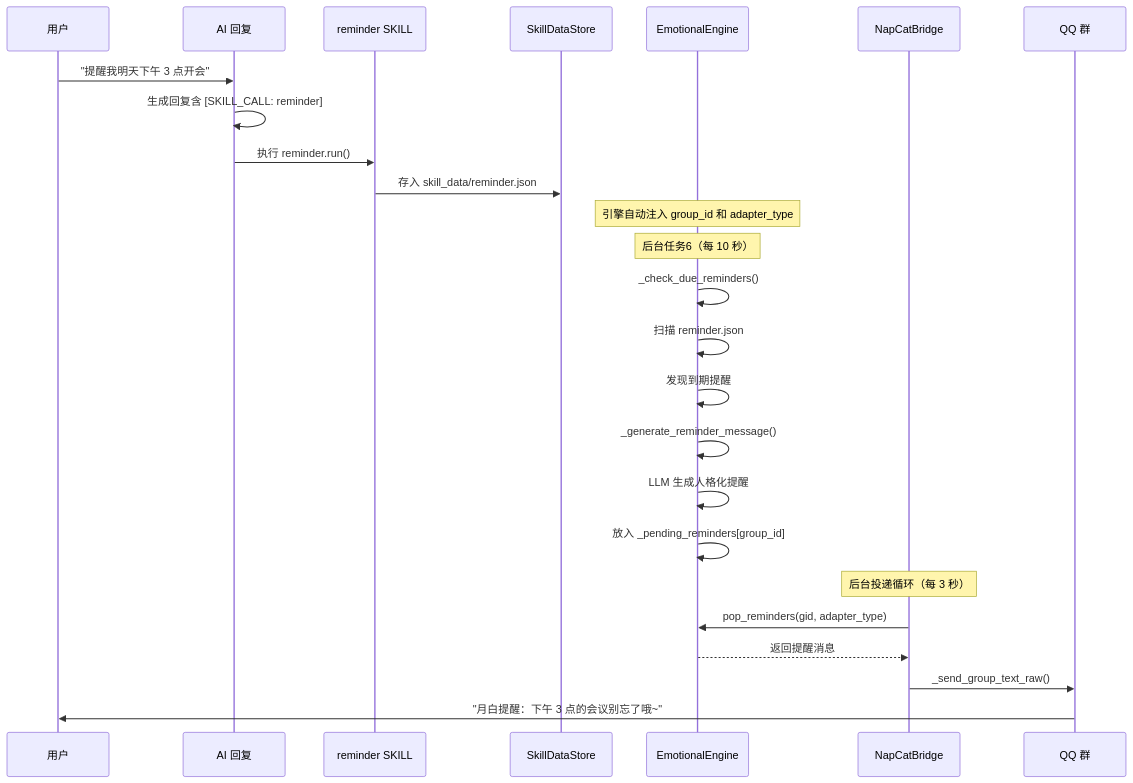
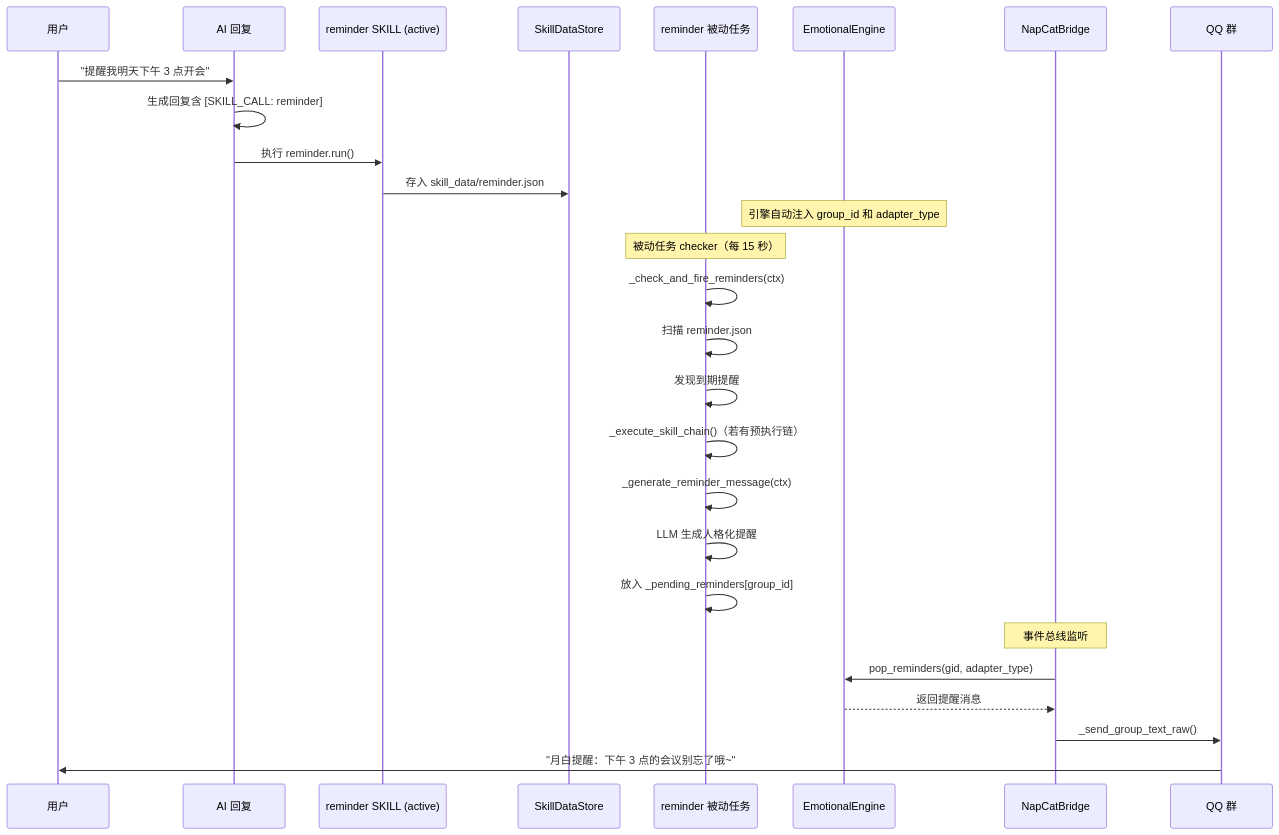
Before and after one commit to LiveSirius/SiriusChat: the eighth of 11 diagrams in docs/full-architecture-flow.md, drawn with Mermaid. The commit also changed other lines of this file and 8 other files, not shown here.

````diff
--- a/docs/full-architecture-flow.md
+++ b/docs/full-architecture-flow.md
@@ -299,30 +306,32 @@
 ```mermaid
 sequenceDiagram
     participant User as 用户
     participant AI as AI 回复
-    participant Skill as reminder SKILL
+    participant Skill as reminder SKILL (active)
     participant Store as SkillDataStore
+    participant Passive as reminder 被动任务
     participant Engine as EmotionalEngine
     participant Bridge as NapCatBridge
     participant QQ as QQ 群
 
     User->>AI: "提醒我明天下午 3 点开会"
     AI->>AI: 生成回复含 [SKILL_CALL: reminder]
     AI->>Skill: 执行 reminder.run()
     Skill->>Store: 存入 skill_data/reminder.json
     Note over Engine: 引擎自动注入 group_id 和 adapter_type
 
-    Note over Engine: 后台任务6（每 10 秒）
-    Engine->>Engine: _check_due_reminders()
-    Engine->>Engine: 扫描 reminder.json
-    Engine->>Engine: 发现到期提醒
-    Engine->>Engine: _generate_reminder_message()
-    Engine->>Engine: LLM 生成人格化提醒
-    Engine->>Engine: 放入 _pending_reminders[group_id]
+    Note over Passive: 被动任务 checker（每 15 秒）
+    Passive->>Passive: _check_and_fire_reminders(ctx)
+    Passive->>Passive: 扫描 reminder.json
+    Passive->>Passive: 发现到期提醒
+    Passive->>Passive: _execute_skill_chain()（若有预执行链）
+    Passive->>Passive: _generate_reminder_message(ctx)
+    Passive->>Passive: LLM 生成人格化提醒
+    Passive->>Passive: 放入 _pending_reminders[group_id]
 
-    Note over Bridge: 后台投递循环（每 3 秒）
+    Note over Bridge: 事件总线监听
     Bridge->>Engine: pop_reminders(gid, adapter_type)
     Engine-->>Bridge: 返回提醒消息
     Bridge->>QQ: _send_group_text_raw()
     QQ->>User: "月白提醒：下午 3 点的会议别忘了哦~"
 ```
````
